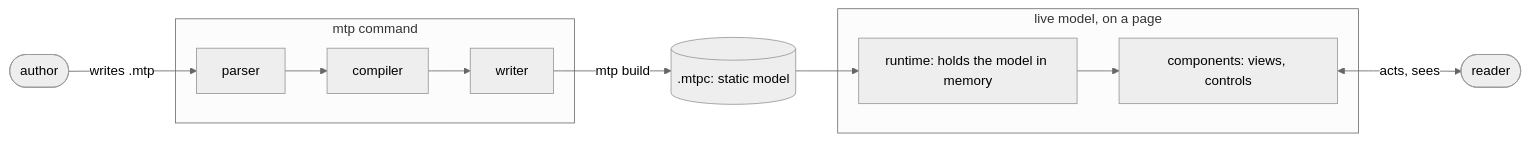
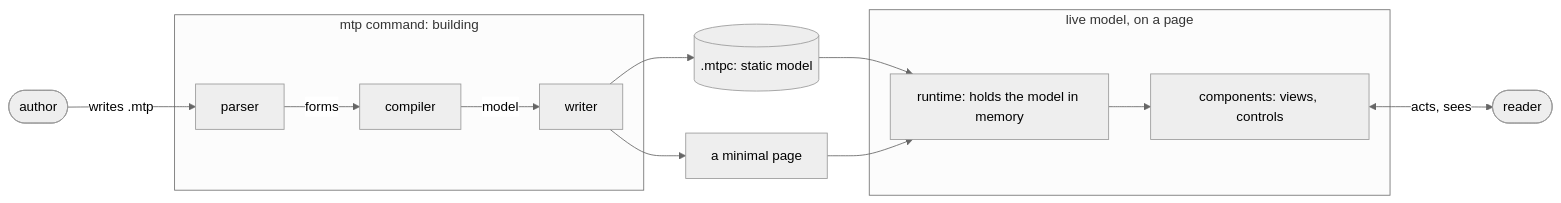
The first of 3 diagrams in docs/data-model.md (aris-pub/mathterpiece), drawn with Mermaid (neutral theme) before and after one commit. The commit also changed other lines of this file and 6 other files, not shown here.

First line of the commit message:
Name the steps of building; add mtp parse, check, compile and fmt

````diff
--- a/docs/data-model.md
+++ b/docs/data-model.md
@@ -9,13 +9,15 @@
 ```mermaid
 flowchart LR
   author([author]) -->|writes .mtp| parser
-  subgraph cmd [mtp command]
-    parser --> compiler --> writer
+  subgraph cmd [mtp command: building]
+    parser -->|forms| compiler -->|model| writer
   end
-  writer -->|mtp build| mtpc[(".mtpc: static model")]
+  writer --> mtpc[(".mtpc: static model")]
+  writer --> page["a minimal page"]
   mtpc --> runtime
+  page --> runtime
   subgraph live [live model, on a page]
     runtime["runtime: holds the model in memory"] --> components["components: views, controls"]
   end
   components <-->|acts, sees| reader([reader])
 ```
````
